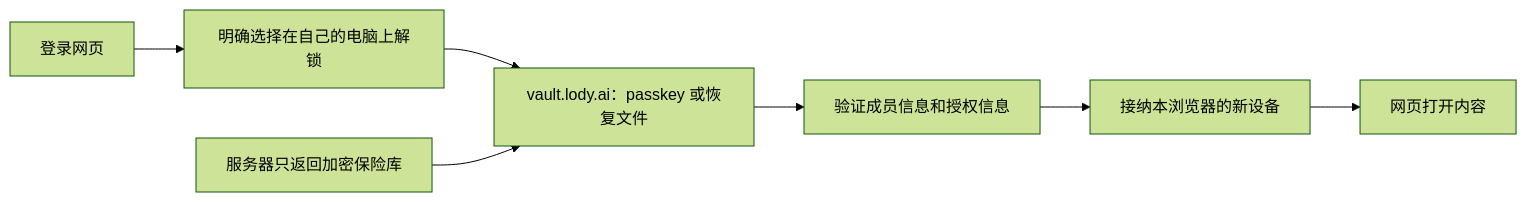
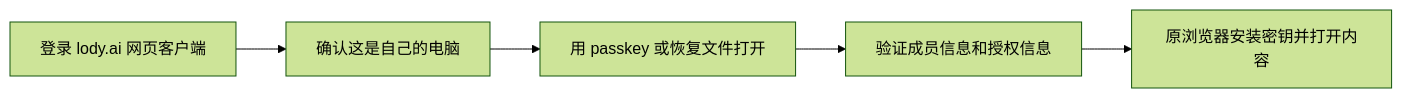
One commit to LodyAI/Lody changed the diagram in specs/e2ee/client-custody.zh.md. Above: the diagram before and after it, drawn with Mermaid (forest theme). The commit also changed other lines of this file and 5 other files, not shown here.

````diff
--- a/specs/e2ee/client-custody.zh.md
+++ b/specs/e2ee/client-custody.zh.md
@@ -152,9 +146,7 @@
 ```mermaid
 flowchart LR
-  A[登录网页] --> B[明确选择在自己的电脑上解锁]
-  B --> C[vault.lody.ai：passkey 或恢复文件]
-  S[服务器只返回加密保险库] --> C
+  A[登录 lody.ai 网页客户端] --> B[确认这是自己的电脑]
+  B --> C[用 passkey 或恢复文件打开]
   C --> D[验证成员信息和授权信息]
-  D --> E[接纳本浏览器的新设备]
-  E --> F[网页打开内容]
+  D --> E[原浏览器安装密钥并打开内容]
 ```
````
